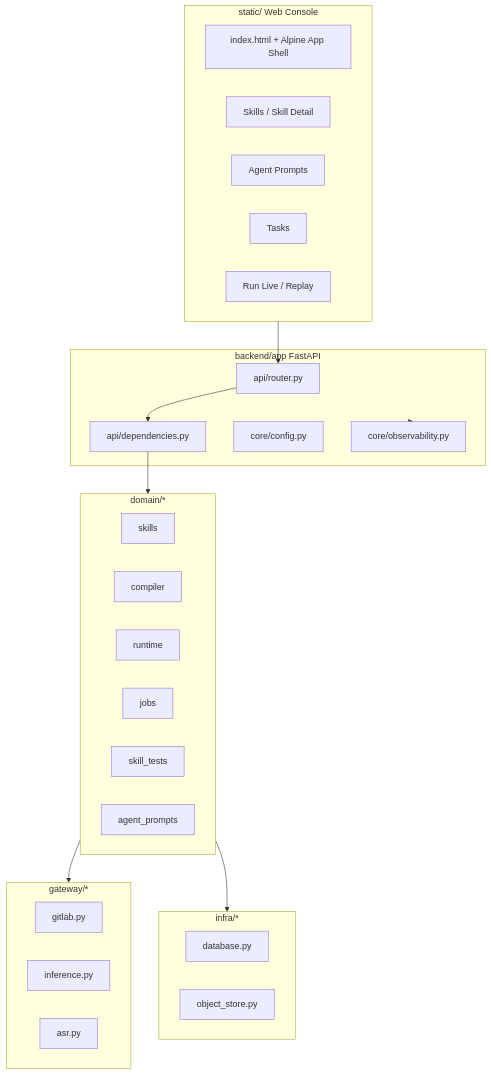
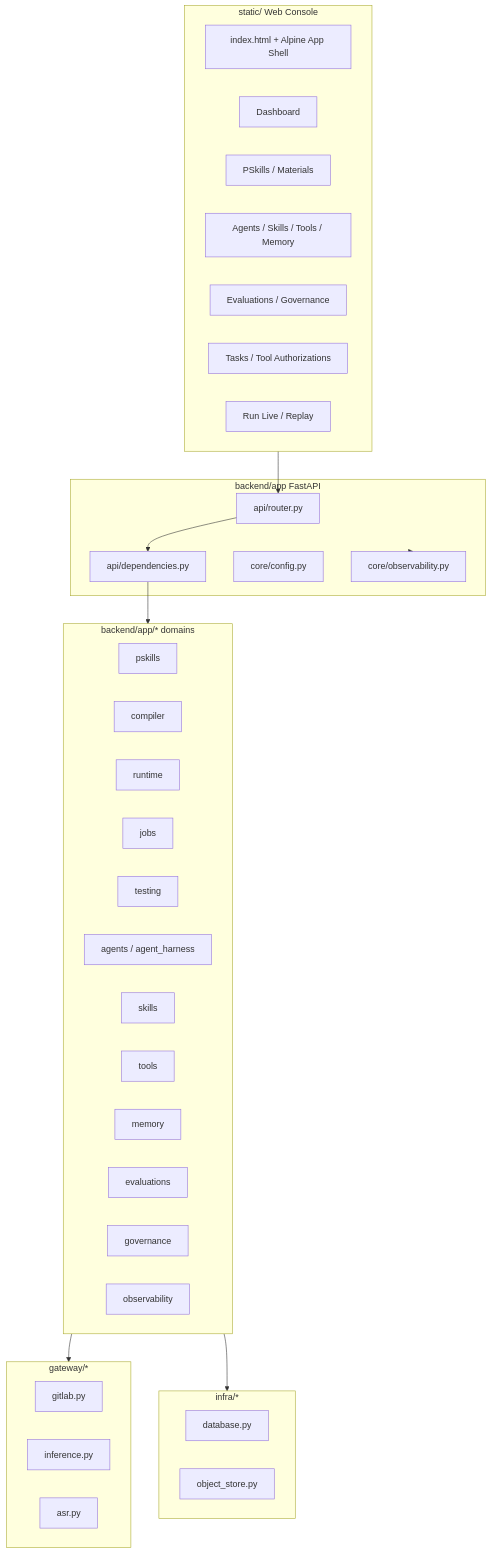
One commit to servforce/psop changed the diagram in docs/PSOP概要设计v1.md. Above: the diagram before and after it, drawn with Mermaid. The commit also changed other lines of this file and 7 other files, not shown here.

Commit message:
feat: add memory detail deep link support

````diff
--- a/docs/PSOP概要设计v1.md
+++ b/docs/PSOP概要设计v1.md
@@ -59,44 +68,52 @@
 ```mermaid
 flowchart TB
     subgraph Web["static/ Web Console"]
         Shell["index.html + Alpine App Shell"]
-        SkillsUI["Skills / Skill Detail"]
-        AgentUI["Agent Prompts"]
-        TasksUI["Tasks"]
+        DashboardUI["Dashboard"]
+        PSkillsUI["PSkills / Materials"]
+        PlatformUI["Agents / Skills / Tools / Memory"]
+        QualityUI["Evaluations / Governance"]
+        TasksUI["Tasks / Tool Authorizations"]
         RunUI["Run Live / Replay"]
     end
 
     subgraph API["backend/app FastAPI"]
         Router["api/router.py"]
         Deps["api/dependencies.py"]
         Settings["core/config.py"]
         OTel["core/observability.py"]
     end
 
-    subgraph Domain["domain/*"]
-        Skills["skills"]
+    subgraph AppDomains["backend/app/* domains"]
+        PSkills["pskills"]
         Compiler["compiler"]
         Runtime["runtime"]
         Jobs["jobs"]
-        Tests["skill_tests"]
-        Prompts["agent_prompts"]
+        Testing["testing"]
+        Agents["agents / agent_harness"]
+        Skills["skills"]
+        Tools["tools"]
+        Memory["memory"]
+        Evaluations["evaluations"]
+        Governance["governance"]
+        Observability["observability"]
     end
 
     subgraph Gateway["gateway/*"]
         GitLab["gitlab.py"]
         LLM["inference.py"]
         ASR["asr.py"]
     end
 
     subgraph Infra["infra/*"]
         DB["database.py"]
         ObjectStore["object_store.py"]
     end
 
     Web --> Router
     Router --> Deps
-    Deps --> Domain
-    Domain --> Gateway
-    Domain --> Infra
+    Deps --> AppDomains
+    AppDomains --> Gateway
+    AppDomains --> Infra
     API --> OTel
 ```
````
